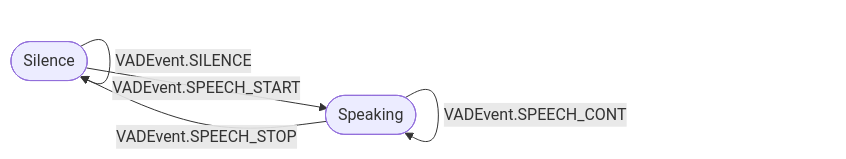
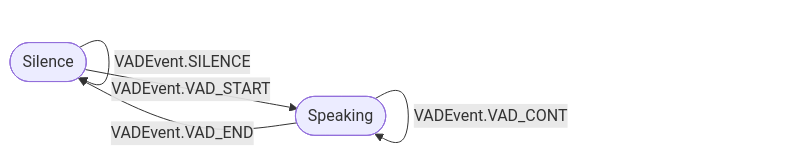
One commit to sato-susumu/susumu_asr_ros changed the seventh of 8 diagrams in susumu_asr_ros/README_modules.md. Above: the diagram before and after it, drawn with Mermaid. The commit also changed other lines of this file and 25 other files, not shown here.

````diff
--- a/susumu_asr_ros/README_modules.md
+++ b/susumu_asr_ros/README_modules.md
@@ -277,10 +329,10 @@
 ```mermaid
 flowchart LR
     S([Silence])
     P([Speaking])
 
     S -->|"VADEvent.SILENCE"| S
-    S -->|"VADEvent.SPEECH_START"| P
-    P -->|"VADEvent.SPEECH_CONT"| P
-    P -->|"VADEvent.SPEECH_STOP"| S
+    S -->|"VADEvent.VAD_START"| P
+    P -->|"VADEvent.VAD_CONT"| P
+    P -->|"VADEvent.VAD_END"| S
 ```
````
